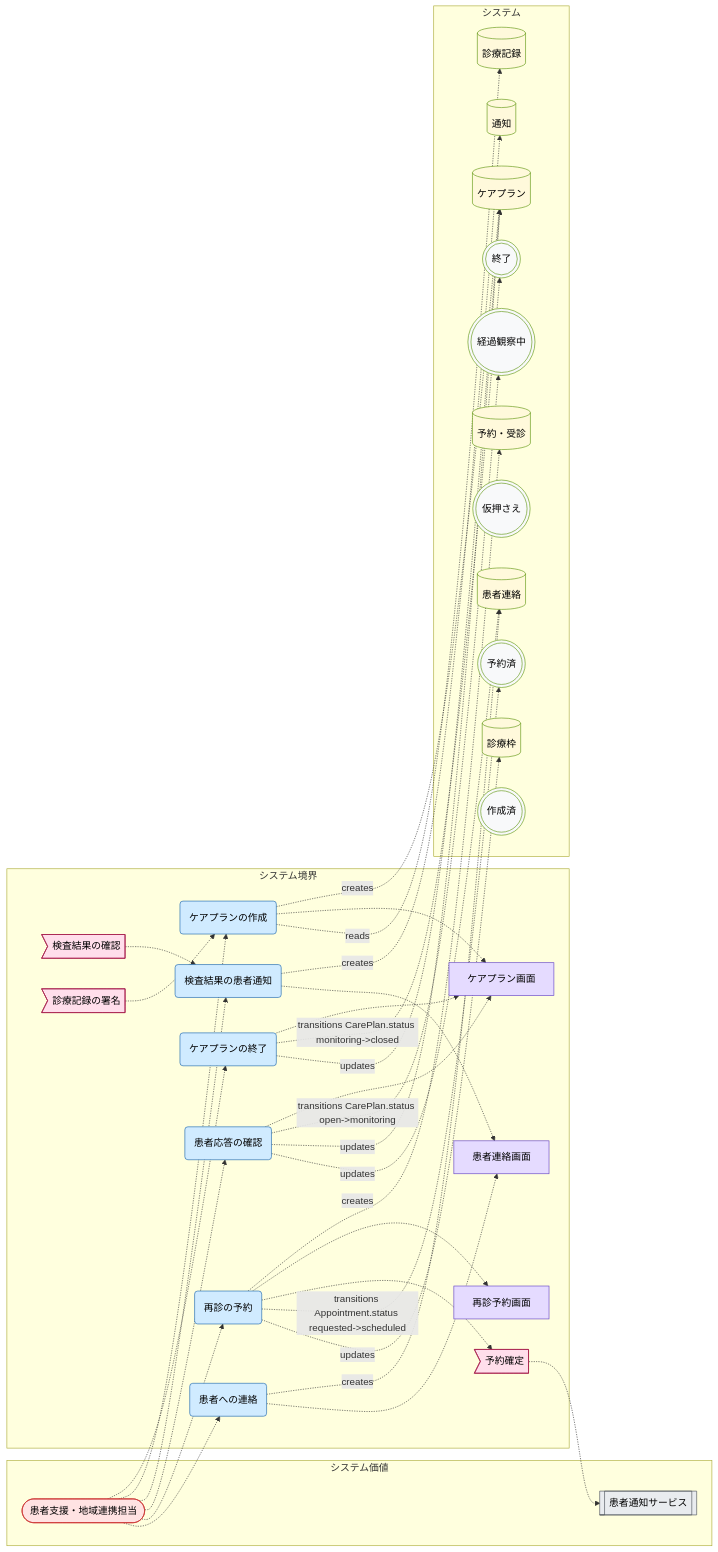
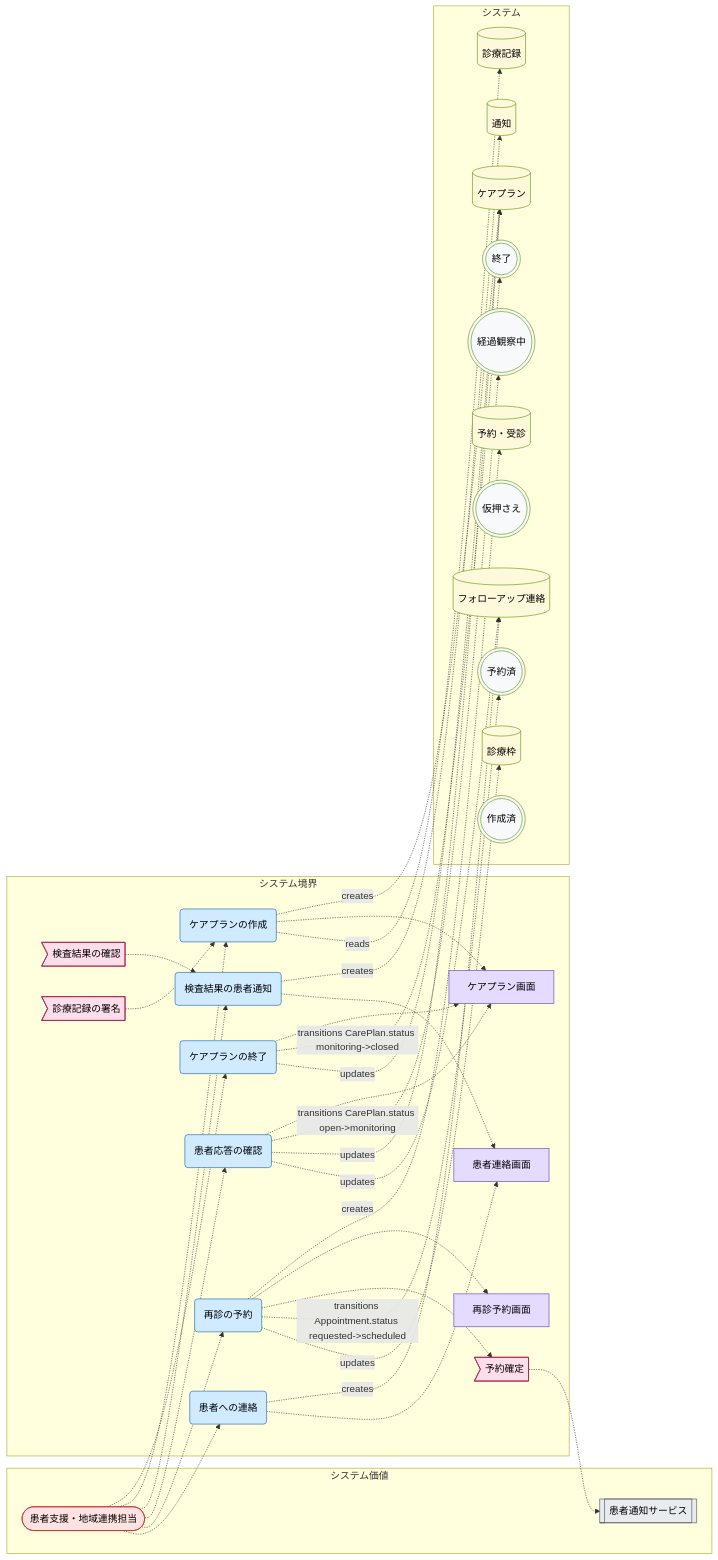
Before and after one commit to manji-0/rdra-ish-dsl: the diagram in samples/clinic-ops/out/buc/usecase_followup_care.mmd, drawn with Mermaid. The commit also changed 19 other files, not shown here.

```diff
--- a/samples/clinic-ops/out/buc/usecase_followup_care.mmd
+++ b/samples/clinic-ops/out/buc/usecase_followup_care.mmd
@@ -1,84 +1,84 @@
 %% rdra-ish diagram=usecase scope=buc:BucFollowupCare model=samples/clinic-ops
 %% layers: value=システム価値 boundary=システム境界 system=システム
 %% kinds: actor extsystem usecase screen event entity state
 %% omitted: buc step medium permission api
 flowchart LR
   subgraph layer_value["システム価値"]
     actor__CareCoordinator(["患者支援・地域連携担当"]):::actor
     %% desc actor__CareCoordinator: 診療後のケアプランを作り、患者への連絡と再診予約を追う。
     extsystem__MessagingGateway[["患者通知サービス"]]:::extsystem
   end
   subgraph layer_boundary["システム境界"]
     usecase__CloseCarePlan("ケアプランの終了"):::usecase
     %% desc usecase__CloseCarePlan: ケアプラン終了。
     usecase__CreateCarePlan("ケアプランの作成"):::usecase
     %% desc usecase__CreateCarePlan: 署名イベントからのケアプラン作成。
     usecase__NotifyPatientResult("検査結果の患者通知"):::usecase
     %% desc usecase__NotifyPatientResult: 結果の患者通知。
     usecase__ReviewPatientResponse("患者応答の確認"):::usecase
     %% desc usecase__ReviewPatientResponse: 患者応答の確認。
     usecase__ScheduleFollowUpVisit("再診の予約"):::usecase
     %% desc usecase__ScheduleFollowUpVisit: 再診予約。
     usecase__SendFollowUpMessage("患者への連絡"):::usecase
     %% desc usecase__SendFollowUpMessage: 患者連絡。
     screen__CarePlanScreen["ケアプラン画面"]:::screen
     screen__FollowUpScheduleScreen["再診予約画面"]:::screen
     screen__PatientMessageScreen["患者連絡画面"]:::screen
     event__EvAppointmentScheduled>"予約確定"]:::event
     event__EvClinicalOrderReviewed>"検査結果の確認"]:::event
     event__EvEncounterSigned>"診療記録の署名"]:::event
   end
   subgraph layer_system["システム"]
     entity__Appointment[("予約・受診")]:::entity
     entity__CarePlan[("ケアプラン")]:::entity
     entity__Encounter[("診療記録")]:::entity
+    entity__FollowUpMessage[("フォローアップ連絡")]:::entity
     entity__Notification[("通知")]:::entity
-    entity__PatientMessage[("患者連絡")]:::entity
     entity__ProviderSchedule[("診療枠")]:::entity
     state__Appointment_requested((("仮押さえ"))):::state
     state__Appointment_scheduled((("予約済"))):::state
     state__CarePlan_closed((("終了"))):::state
     state__CarePlan_monitoring((("経過観察中"))):::state
     state__CarePlan_open((("作成済"))):::state
   end
   actor__CareCoordinator -.-> usecase__CloseCarePlan
   actor__CareCoordinator -.-> usecase__CreateCarePlan
   actor__CareCoordinator -.-> usecase__NotifyPatientResult
   actor__CareCoordinator -.-> usecase__ReviewPatientResponse
   actor__CareCoordinator -.-> usecase__ScheduleFollowUpVisit
   actor__CareCoordinator -.-> usecase__SendFollowUpMessage
   event__EvAppointmentScheduled -.-> extsystem__MessagingGateway
   event__EvClinicalOrderReviewed -.-> usecase__NotifyPatientResult
   event__EvEncounterSigned -.-> usecase__CreateCarePlan
   usecase__CloseCarePlan -.-> screen__CarePlanScreen
   usecase__CloseCarePlan -.->|transitions CarePlan.status monitoring->closed| state__CarePlan_closed
   usecase__CloseCarePlan -.->|updates| entity__CarePlan
   usecase__CreateCarePlan -.->|creates| entity__CarePlan
   %% derived usecase__CreateCarePlan -> entity__CarePlan via api__CreateCarePlanApi
   usecase__CreateCarePlan -.-> screen__CarePlanScreen
   usecase__CreateCarePlan -.->|reads| entity__Encounter
   %% derived usecase__CreateCarePlan -> entity__Encounter via api__CreateCarePlanApi
   usecase__NotifyPatientResult -.->|creates| entity__Notification
   %% derived usecase__NotifyPatientResult -> entity__Notification via api__NotifyPatientResultApi
   usecase__NotifyPatientResult -.-> screen__PatientMessageScreen
   usecase__ReviewPatientResponse -.-> screen__CarePlanScreen
   usecase__ReviewPatientResponse -.->|transitions CarePlan.status open->monitoring| state__CarePlan_monitoring
   usecase__ReviewPatientResponse -.->|updates| entity__CarePlan
-  usecase__ReviewPatientResponse -.->|updates| entity__PatientMessage
+  usecase__ReviewPatientResponse -.->|updates| entity__FollowUpMessage
   usecase__ScheduleFollowUpVisit -.->|creates| entity__Appointment
   %% derived usecase__ScheduleFollowUpVisit -> entity__Appointment via api__FollowUpScheduleApi
   usecase__ScheduleFollowUpVisit -.-> screen__FollowUpScheduleScreen
   usecase__ScheduleFollowUpVisit -.-> event__EvAppointmentScheduled
   usecase__ScheduleFollowUpVisit -.->|transitions Appointment.status requested->scheduled| state__Appointment_scheduled
   usecase__ScheduleFollowUpVisit -.->|updates| entity__ProviderSchedule
   %% derived usecase__ScheduleFollowUpVisit -> entity__ProviderSchedule via api__FollowUpScheduleApi
-  usecase__SendFollowUpMessage -.->|creates| entity__PatientMessage
-  %% derived usecase__SendFollowUpMessage -> entity__PatientMessage via api__SendFollowUpMessageApi
+  usecase__SendFollowUpMessage -.->|creates| entity__FollowUpMessage
+  %% derived usecase__SendFollowUpMessage -> entity__FollowUpMessage via api__SendFollowUpMessageApi
   usecase__SendFollowUpMessage -.-> screen__PatientMessageScreen
   classDef actor fill:#ffe3e3,stroke:#c92a2a,color:#000;
   classDef extsystem fill:#e9ecef,stroke:#495057,color:#000;
   classDef usecase fill:#d0ebff,stroke:#1864ab,color:#000;
   classDef screen fill:#e5dbff,stroke:#5f3dc4,color:#000;
   classDef event fill:#ffdeeb,stroke:#a61e4d,color:#000;
   classDef entity fill:#fff9db,stroke:#5c940d,color:#000;
   classDef state fill:#f8f9fa,stroke:#5c940d,color:#000;
```
